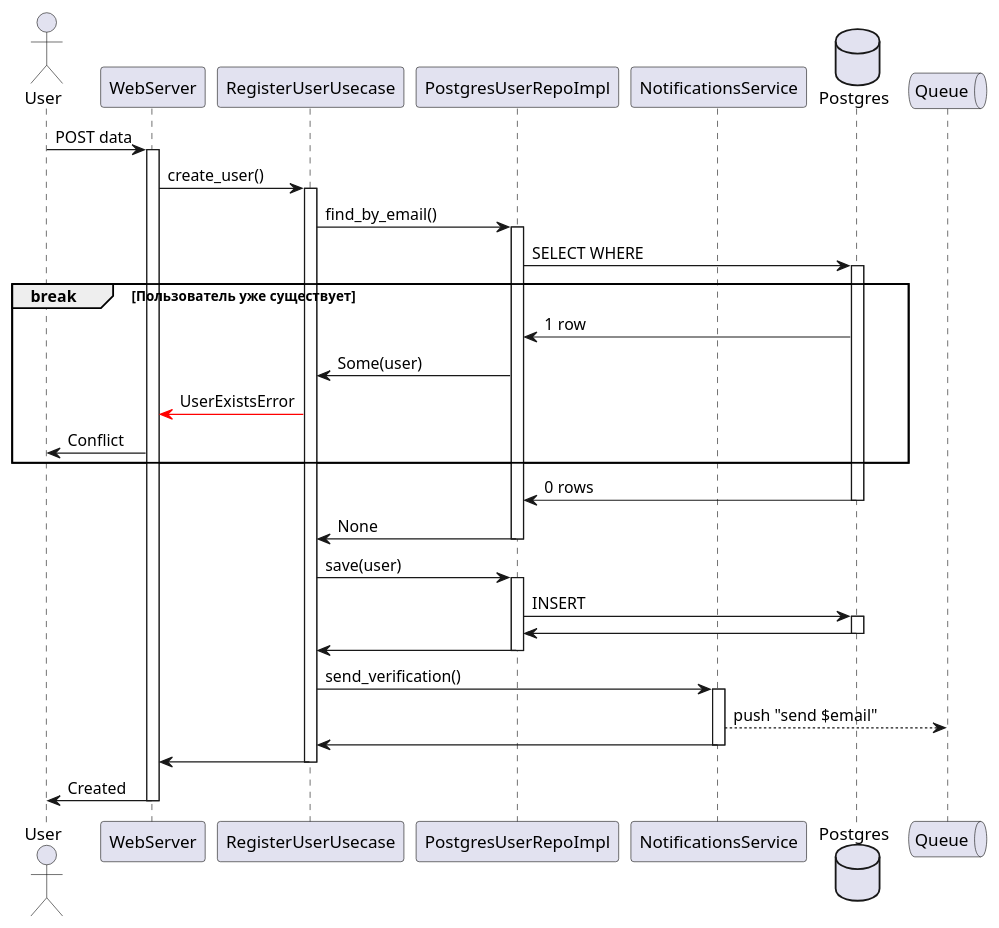
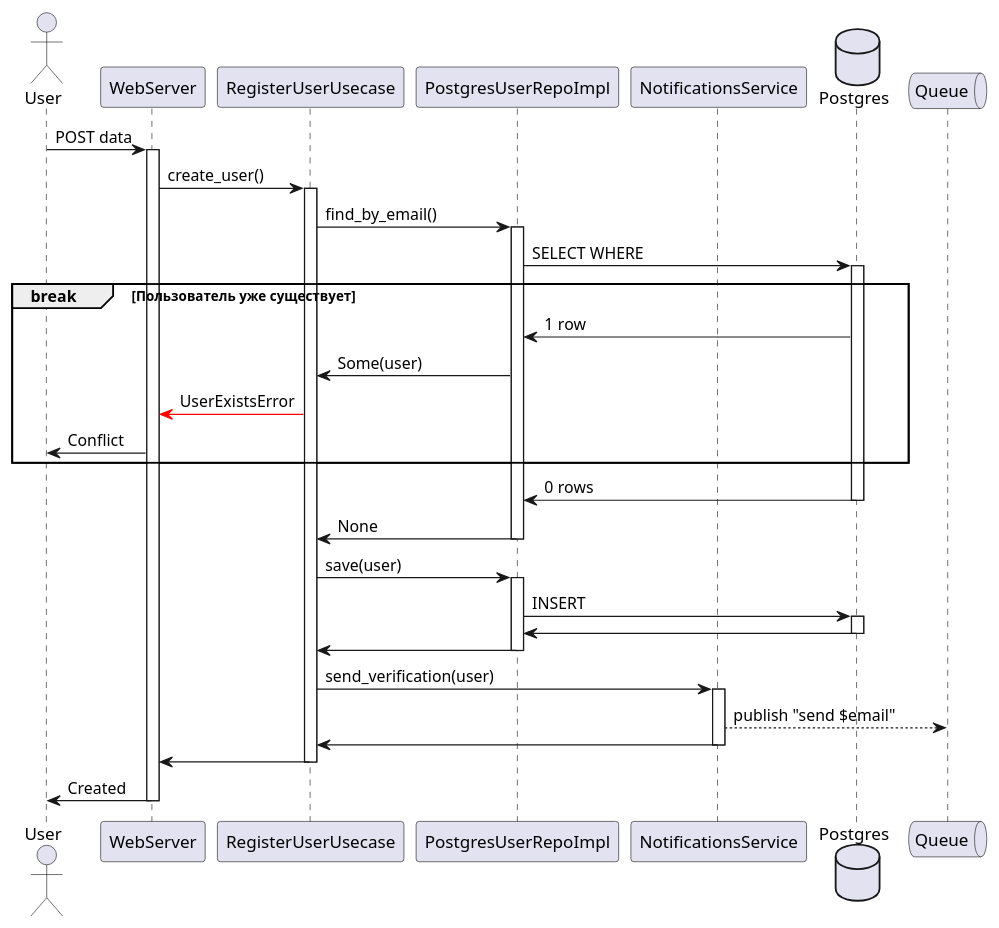
Before and after one commit to kluchi/diagrams: the diagram in precendents/registration/registration_sequence.puml, drawn with PlantUML.

Commit message:
use proper verb for interaction with queue

```diff
--- a/precendents/registration/registration_sequence.puml
+++ b/precendents/registration/registration_sequence.puml
@@ -1,71 +1,69 @@
 @startuml registration_sequence
 
 actor User
 
 participant WebServer
 participant RegisterUserUsecase
 participant PostgresUserRepoImpl
 participant NotificationsService
 database Postgres
 
 queue Queue
-
 
 User -> WebServer : POST data
 activate WebServer
 
 WebServer -> RegisterUserUsecase : create_user()
 activate RegisterUserUsecase
 
 RegisterUserUsecase -> PostgresUserRepoImpl : find_by_email()
 activate PostgresUserRepoImpl
 
 PostgresUserRepoImpl -> Postgres : SELECT WHERE
 activate Postgres
 
 break Пользователь уже существует
 
 PostgresUserRepoImpl <- Postgres : 1 row
 
 RegisterUserUsecase <- PostgresUserRepoImpl : Some(user)
 
 WebServer <[#red]- RegisterUserUsecase : UserExistsError
 
 User <- WebServer : Conflict
 
 end
 
 PostgresUserRepoImpl <- Postgres : 0 rows
 deactivate Postgres
 
 RegisterUserUsecase <- PostgresUserRepoImpl : None
 deactivate PostgresUserRepoImpl
 
 RegisterUserUsecase -> PostgresUserRepoImpl : save(user)
 activate PostgresUserRepoImpl
 
 PostgresUserRepoImpl -> Postgres : INSERT
 activate Postgres
 
 PostgresUserRepoImpl <- Postgres
 deactivate Postgres
 
 RegisterUserUsecase <- PostgresUserRepoImpl
 deactivate PostgresUserRepoImpl
 
-
-RegisterUserUsecase -> NotificationsService : send_verification()
+RegisterUserUsecase -> NotificationsService : send_verification(user)
 activate NotificationsService
 
-NotificationsService --> Queue : push "send $email"
+NotificationsService --> Queue : publish "send $email"
 
 RegisterUserUsecase <- NotificationsService
 deactivate NotificationsService
 
 WebServer <- RegisterUserUsecase
 deactivate RegisterUserUsecase
 
 User <- WebServer : Created
 deactivate WebServer
 
 @enduml
```
